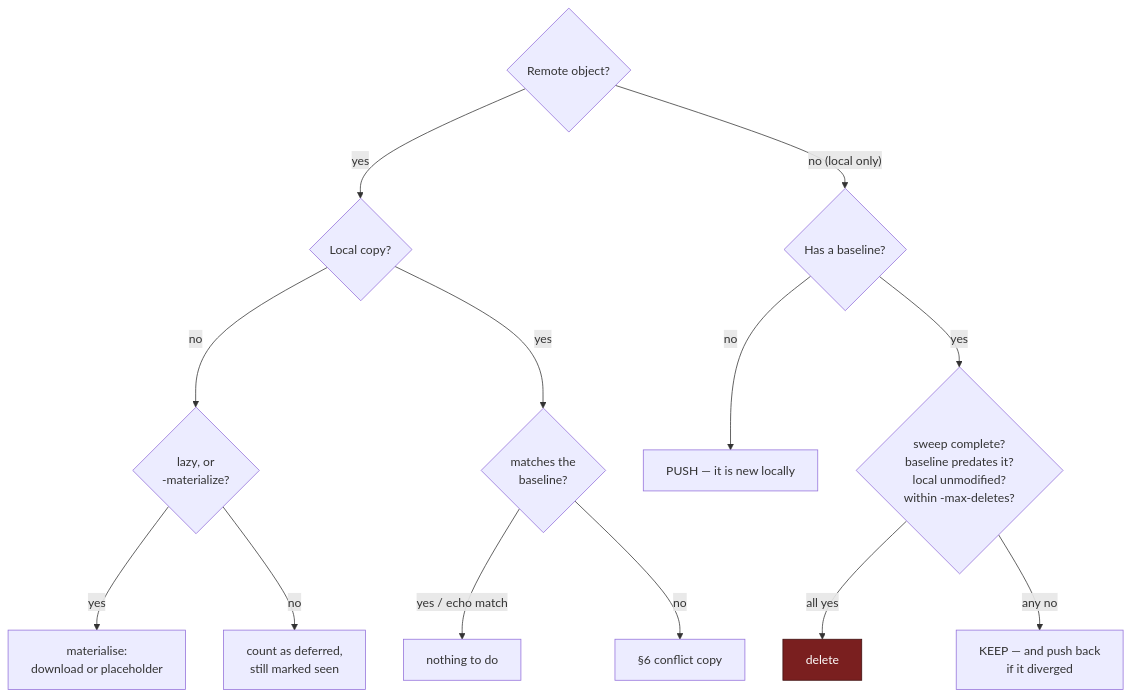
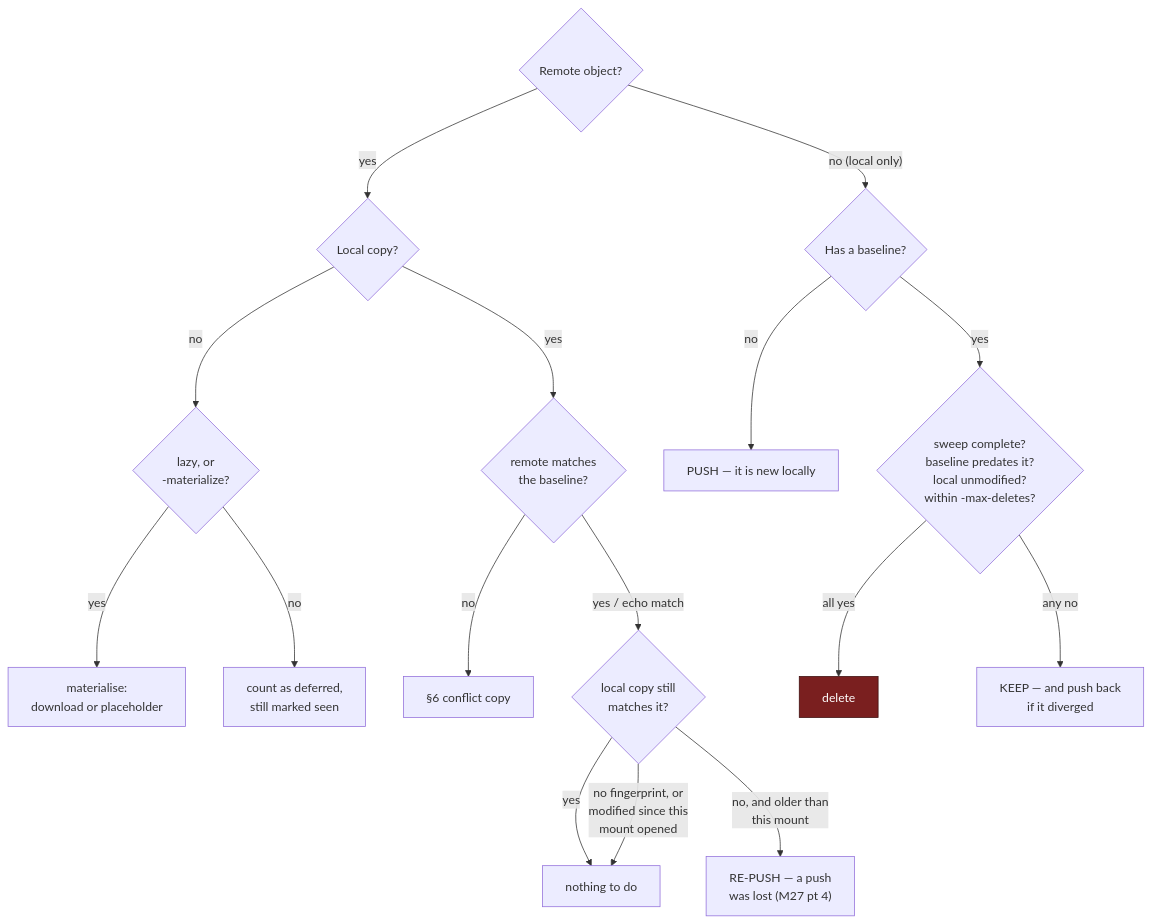
One commit to syshlted/drivel changed the fifth of 9 diagrams in docs/dev/workflows.md. Above: the diagram before and after it, drawn with Mermaid. The commit also changed other lines of this file and 15 other files, not shown here.

````diff
--- a/docs/dev/workflows.md
+++ b/docs/dev/workflows.md
@@ -221,21 +222,24 @@
 ```mermaid
 flowchart TD
     q{"Remote object?"} -->|yes| ql{"Local copy?"}
     q -->|"no (local only)"| qb2{"Has a baseline?"}
 
     ql -->|no| mat{"lazy, or<br/>-materialize?"}
     mat -->|yes| dl2["materialise:<br/>download or placeholder"]
     mat -->|no| defer["count as deferred,<br/>still marked seen"]
 
-    ql -->|yes| qb{"matches the<br/>baseline?"}
-    qb -->|"yes / echo match"| nop["nothing to do"]
+    ql -->|yes| qb{"remote matches<br/>the baseline?"}
     qb -->|no| conf["§6 conflict copy"]
+    qb -->|"yes / echo match"| qlf{"local copy still<br/>matches it?"}
+    qlf -->|yes| nop["nothing to do"]
+    qlf -->|"no fingerprint, or<br/>modified since this<br/>mount opened"| nop
+    qlf -->|"no, and older than<br/>this mount"| repush["RE-PUSH — a push<br/>was lost (M27 pt 4)"]
 
     qb2 -->|no| push["PUSH — it is new locally"]
     qb2 -->|yes| guards{"sweep complete?<br/>baseline predates it?<br/>local unmodified?<br/>within -max-deletes?"}
     guards -->|all yes| del["delete"]
     guards -->|any no| keep["KEEP — and push back<br/>if it diverged"]
 
     classDef danger fill:#7a1f1f,stroke:#3d0f0f,color:#fff
     class del danger
 ```
````
